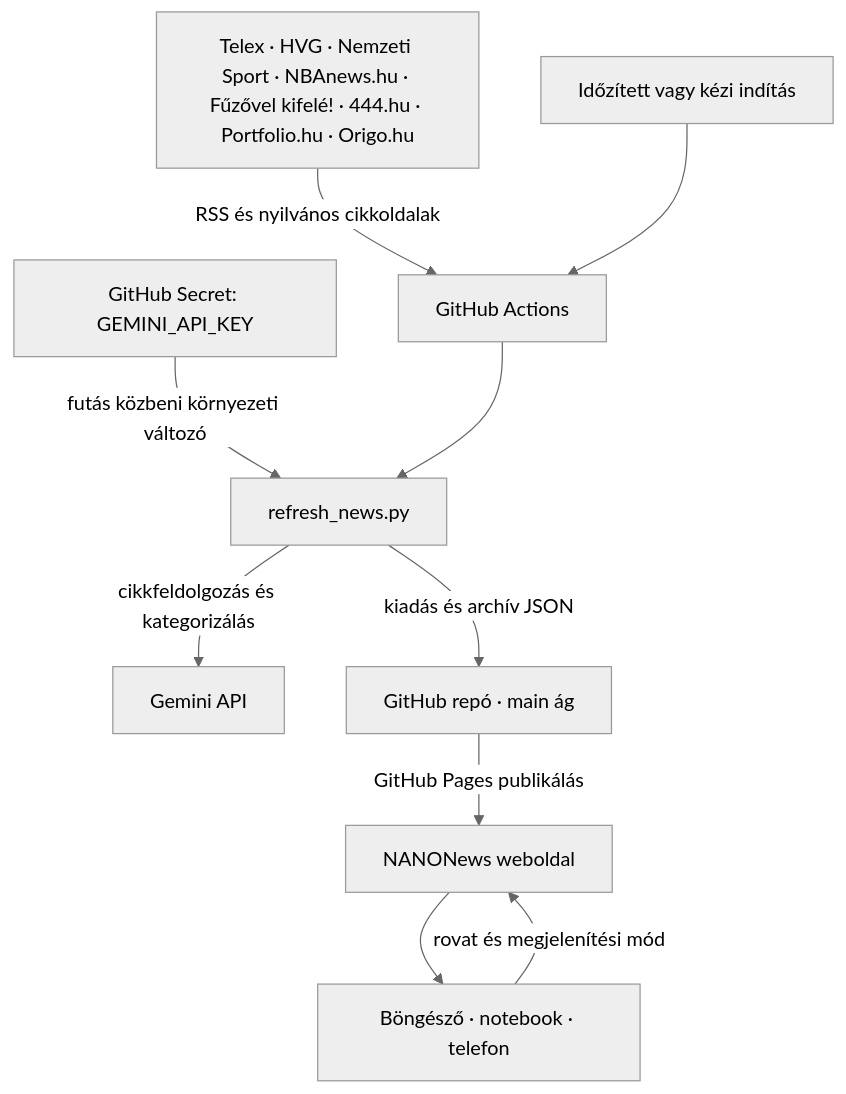
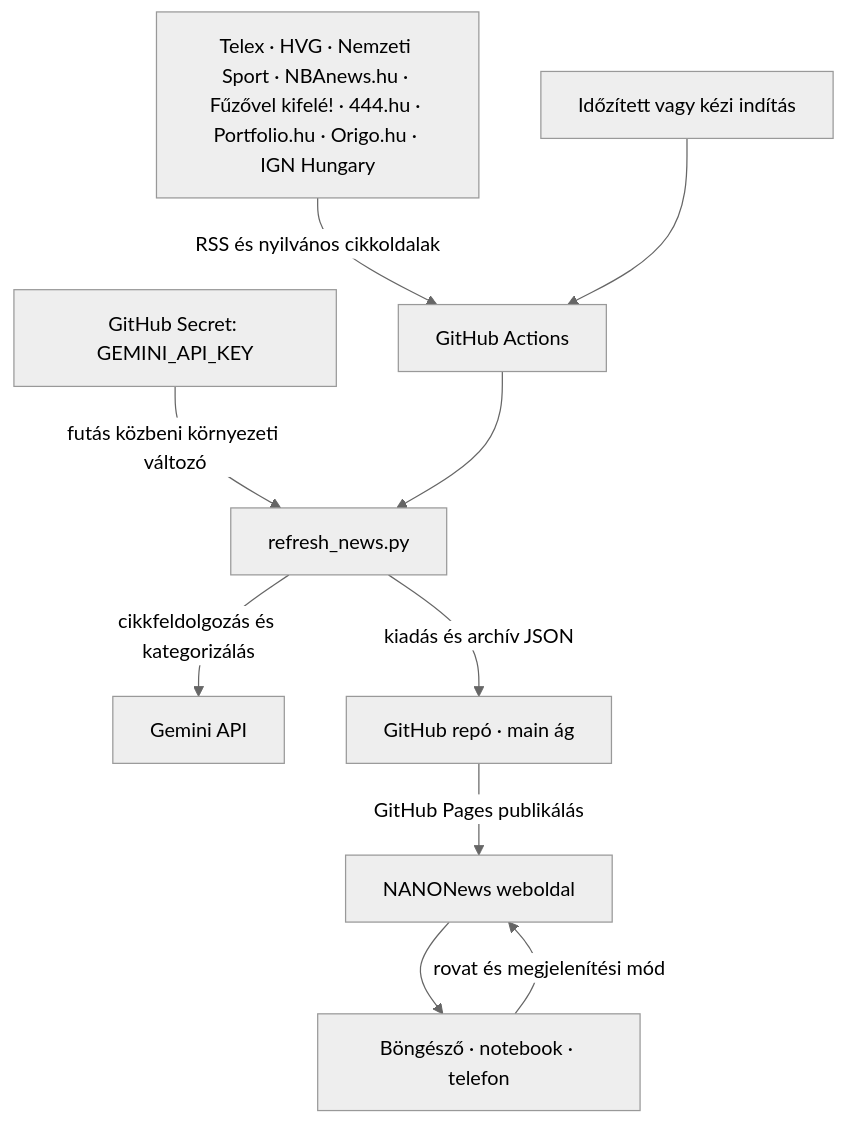
The first of 6 diagrams in Dokumentumok/NANONews-mukodesi-leiras.md (ngynrbrt-prog/nanonews), drawn with Mermaid (neutral theme) before and after one commit. The commit also changed other lines of this file and 4 other files, not shown here.

Commit message:
Add IGN Hungary to NANONews RSS sources

````diff
--- a/Dokumentumok/NANONews-mukodesi-leiras.md
+++ b/Dokumentumok/NANONews-mukodesi-leiras.md
@@ -29,12 +29,12 @@
 ```mermaid
 flowchart TD
-  sources["Telex · HVG · Nemzeti Sport · NBAnews.hu · Fűzővel kifelé! · 444.hu · Portfolio.hu · Origo.hu"] -->|RSS és nyilvános cikkoldalak| actions["GitHub Actions"]
+  sources["Telex · HVG · Nemzeti Sport · NBAnews.hu · Fűzővel kifelé! · 444.hu · Portfolio.hu · Origo.hu · IGN Hungary"] -->|RSS és nyilvános cikkoldalak| actions["GitHub Actions"]
   schedule["Időzített vagy kézi indítás"] --> actions
   secret["GitHub Secret: GEMINI_API_KEY"] -->|futás közbeni környezeti változó| worker["refresh_news.py"]
   actions --> worker
   worker -->|cikkfeldolgozás és kategorizálás| gemini["Gemini API"]
   worker -->|kiadás és archív JSON| repo["GitHub repó · main ág"]
   repo -->|GitHub Pages publikálás| site["NANONews weboldal"]
   site --> devices["Böngésző · notebook · telefon"]
   devices -->|rovat és megjelenítési mód| site
 ```
````
